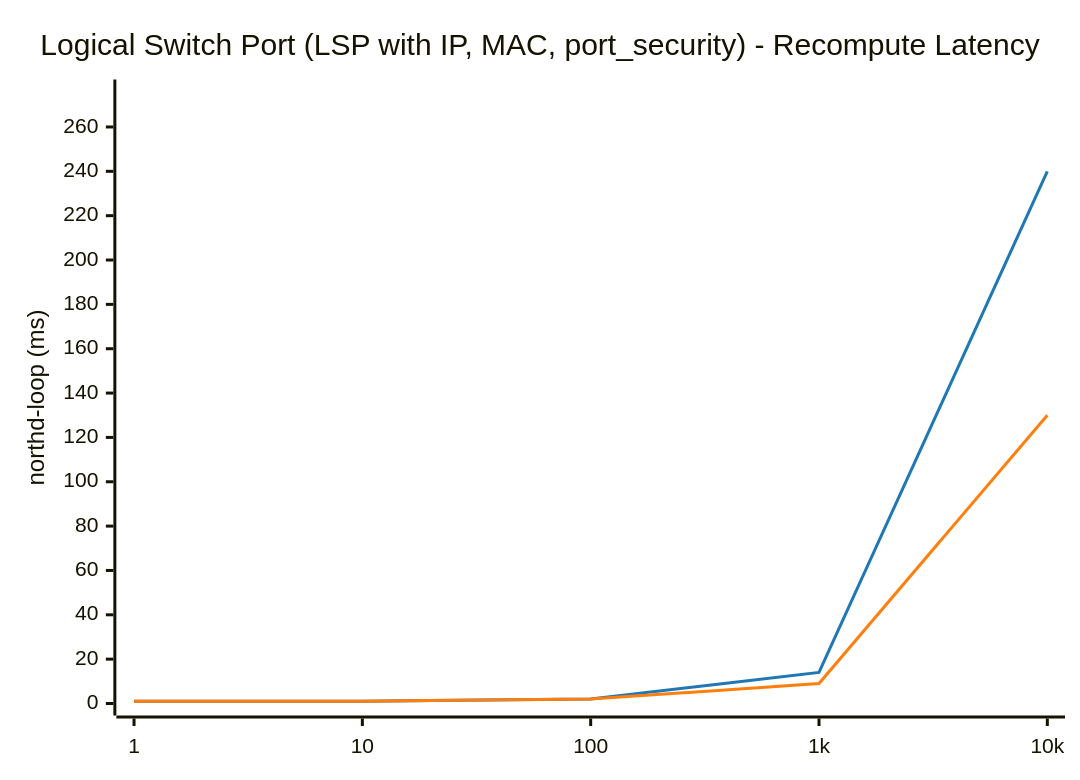
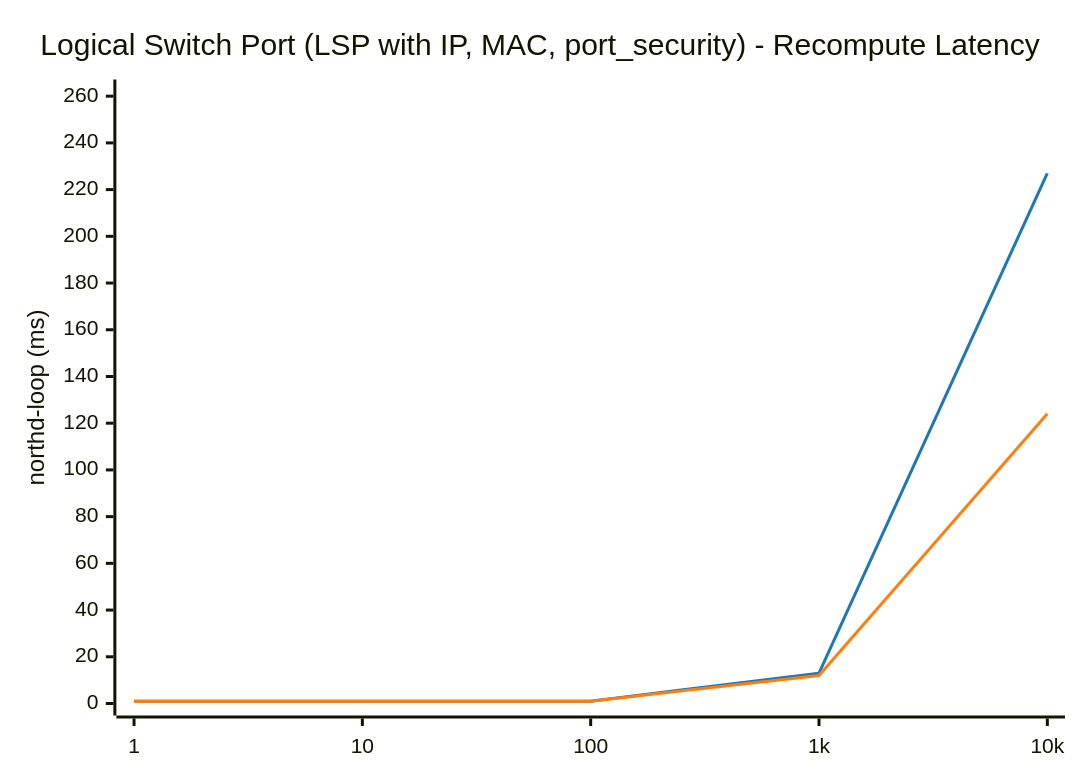
Before and after one commit to LionelJouin/ovs-ovn-bench: the first of 14 diagrams in results/BENCHMARK_REPORT.md, drawn with Mermaid. The commit also changed other lines of this file and 4 other files, not shown here.

````diff
--- a/results/BENCHMARK_REPORT.md
+++ b/results/BENCHMARK_REPORT.md
@@ -83,14 +89,14 @@
 ```mermaid
 ---
 config:
     themeVariables:
         xyChart:
             plotColorPalette: "#1f77b4, #ff7f0e"
 ---
 xychart-beta
     title "Logical Switch Port (LSP with IP, MAC, port_security) - Recompute Latency"
     x-axis ["1", "10", "100", "1k", "10k"]
-    y-axis "northd-loop (ms)" 0 --> 276
-    line "glibc malloc" [1.0, 1.0, 2.0, 14.0, 240.0]
-    line "jemalloc" [1.0, 1.0, 2.0, 9.0, 130.0]
+    y-axis "northd-loop (ms)" 0 --> 262
+    line "glibc malloc" [1.0, 1.0, 1.0, 13.0, 227.0]
+    line "jemalloc" [1.0, 1.0, 1.0, 12.0, 124.0]
 ```
````
